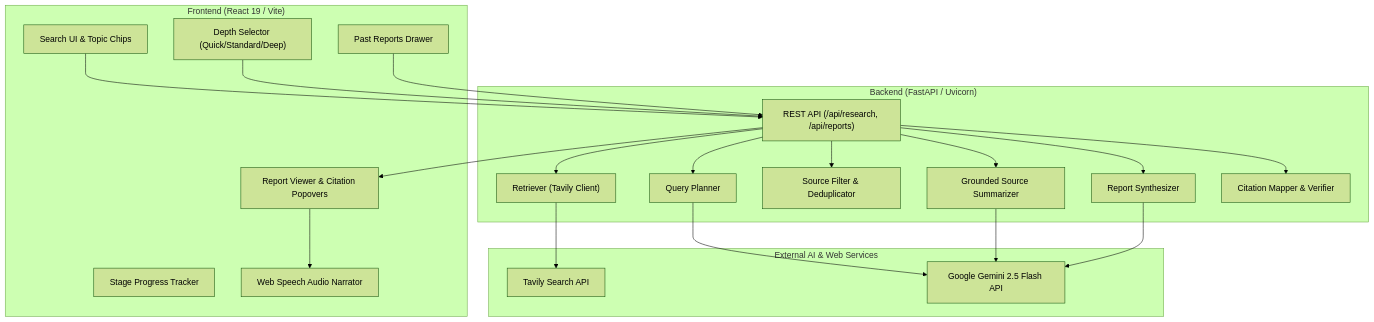
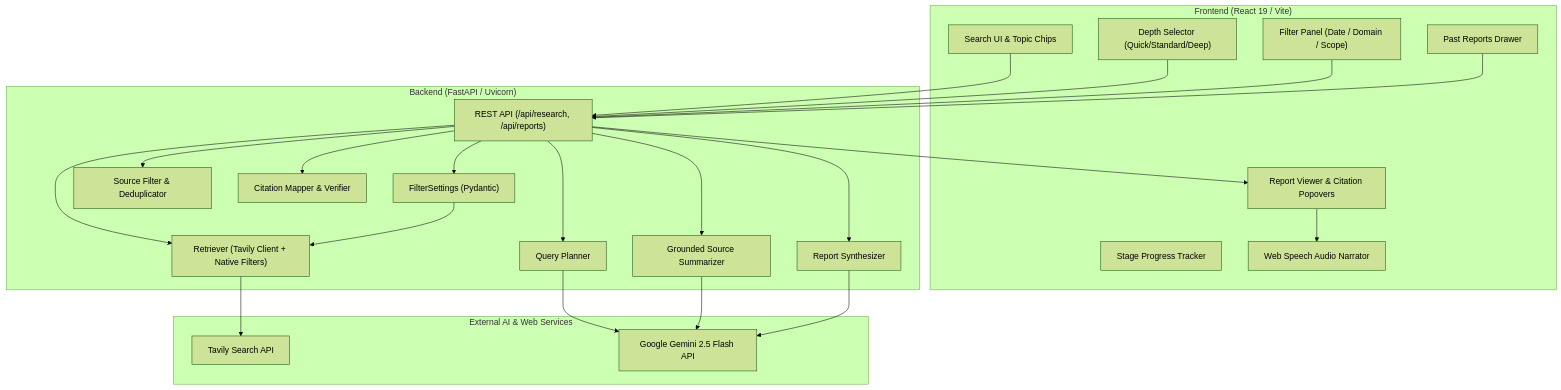
The first of 2 diagrams in README.md (Giancyril/Synthis), drawn with Mermaid (forest theme) before and after one commit. The commit also changed other lines of this file and 6 other files, not shown here.

````diff
--- a/README.md
+++ b/README.md
@@ -53,42 +80,47 @@
 ```mermaid
 graph TD
     subgraph Client ["Frontend (React 19 / Vite)"]
         UI["Search UI & Topic Chips"]
         Depth["Depth Selector (Quick/Standard/Deep)"]
+        Filters["Filter Panel (Date / Domain / Scope)"]
         Tracker["Stage Progress Tracker"]
         ReportView["Report Viewer & Citation Popovers"]
         History["Past Reports Drawer"]
         Audio["Web Speech Audio Narrator"]
     end
 
     subgraph Server ["Backend (FastAPI / Uvicorn)"]
         Endpoints["REST API (/api/research, /api/reports)"]
+        FilterModel["FilterSettings (Pydantic)"]
         Planner["Query Planner"]
-        RetrieverSvc["Retriever (Tavily Client)"]
+        RetrieverSvc["Retriever (Tavily Client + Native Filters)"]
         FilterSvc["Source Filter & Deduplicator"]
         SummarizerSvc["Grounded Source Summarizer"]
         SynthesizerSvc["Report Synthesizer"]
         MapperSvc["Citation Mapper & Verifier"]
     end
 
     subgraph External ["External AI & Web Services"]
         Tavily["Tavily Search API"]
         Gemini["Google Gemini 2.5 Flash API"]
     end
 
     UI --> Endpoints
     Depth --> Endpoints
+    Filters --> Endpoints
+    Endpoints --> FilterModel
     Endpoints --> Planner
     Planner --> Gemini
     Endpoints --> RetrieverSvc
+    FilterModel --> RetrieverSvc
     RetrieverSvc --> Tavily
     Endpoints --> FilterSvc
     Endpoints --> SummarizerSvc
     SummarizerSvc --> Gemini
     Endpoints --> SynthesizerSvc
     SynthesizerSvc --> Gemini
     Endpoints --> MapperSvc
     Endpoints --> ReportView
     ReportView --> Audio
     History --> Endpoints
 ```
````
